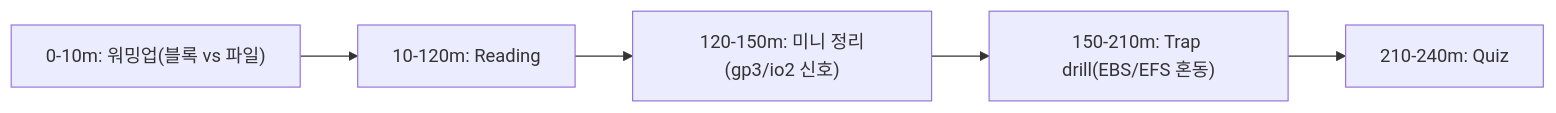
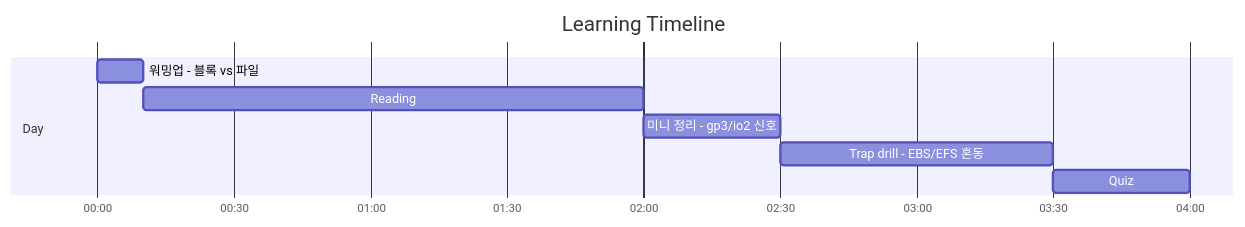
One commit to niceguy61/aws-saa-lecture-2026 changed the first of 2 diagrams in aws-saa/week03/day03/README.md. Above: the diagram before and after it, drawn with Mermaid. The commit also changed 21 other files, not shown here.

Commit message:
docs(aws-saa): use mermaid gantt for learning timelines

````diff
--- a/aws-saa/week03/day03/README.md
+++ b/aws-saa/week03/day03/README.md
@@ -26,7 +26,12 @@
 ```mermaid
-flowchart LR
-  A["0-10m: 워밍업(블록 vs 파일)"] --> B["10-120m: Reading"]
-  B --> C["120-150m: 미니 정리(gp3/io2 신호)"]
-  C --> D["150-210m: Trap drill(EBS/EFS 혼동)"]
-  D --> E["210-240m: Quiz"]
+gantt
+  title Learning Timeline
+  dateFormat  HH:mm
+  axisFormat  %H:%M
+  section Day
+  워밍업 - 블록 vs 파일 :t1, 00:00, 10m
+  Reading :t2, after t1, 110m
+  미니 정리 - gp3/io2 신호 :t3, after t2, 30m
+  Trap drill - EBS/EFS 혼동 :t4, after t3, 60m
+  Quiz :t5, after t4, 30m
 ```
````
